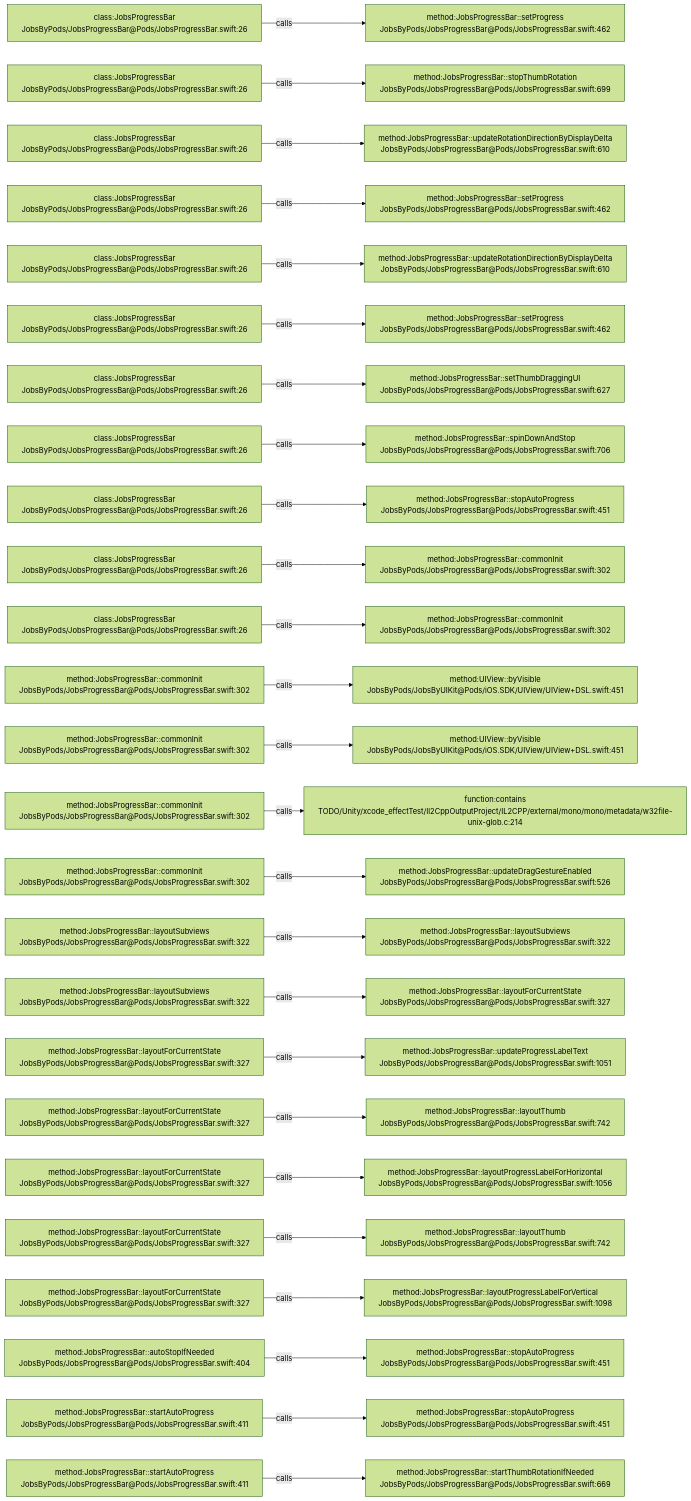
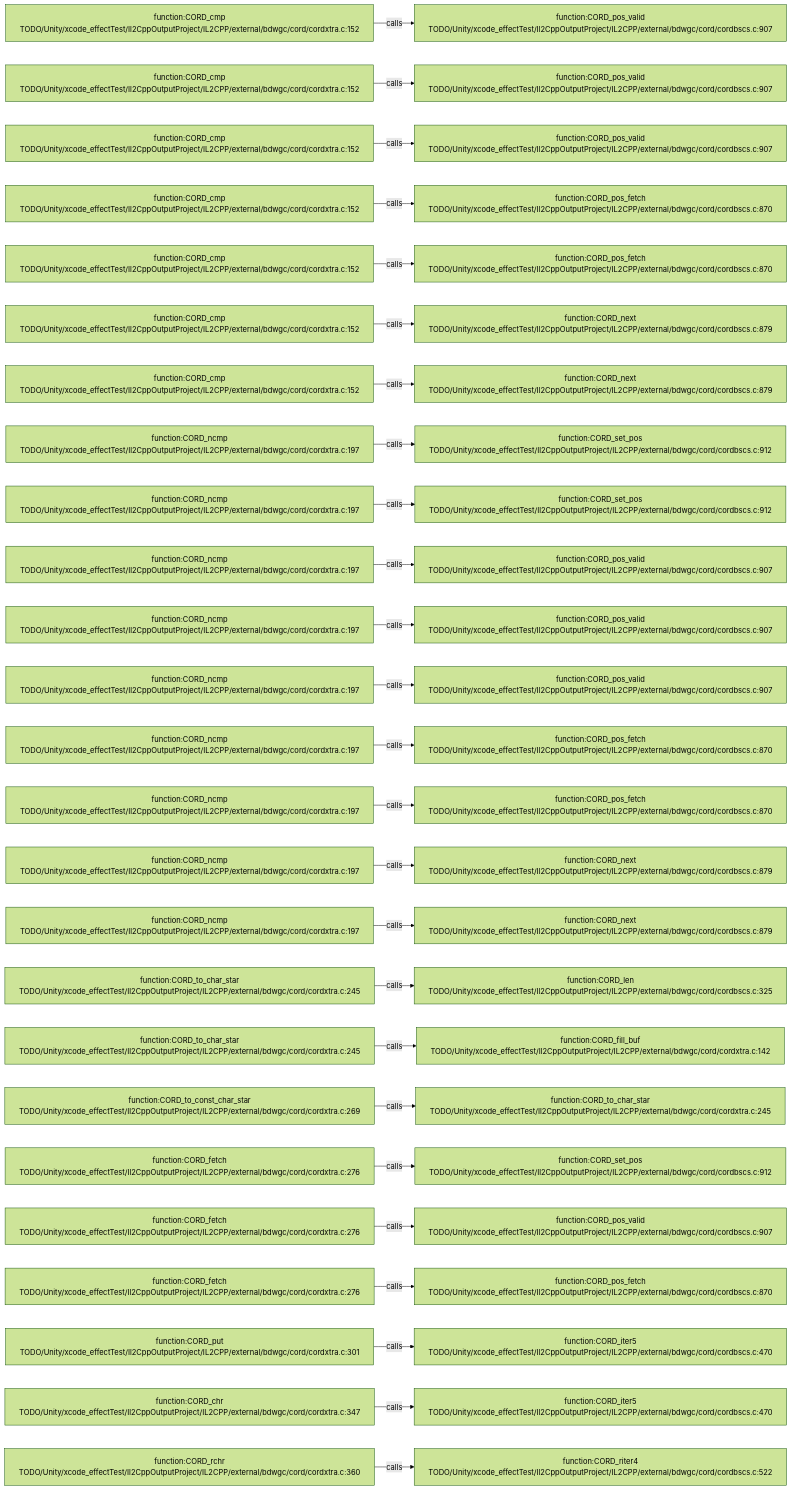
Before and after one commit to JobsKits/JobsSwiftBaseConfigDemo: the diagram in .codegraph/codegraph.md/graphs/calls-154.md, drawn with Mermaid (forest theme). The commit also changed 569 other files, not shown here.

````diff
--- a/.codegraph/codegraph.md/graphs/calls-154.md
+++ b/.codegraph/codegraph.md/graphs/calls-154.md
@@ -13,78 +13,78 @@
 ```mermaid
 flowchart LR
-  S1["class:JobsProgressBar<br/>JobsByPods/JobsProgressBar@Pods/JobsProgressBar.swift:26"]
-  T1["method:JobsProgressBar::setProgress<br/>JobsByPods/JobsProgressBar@Pods/JobsProgressBar.swift:462"]
+  S1["function:CORD_cmp<br/>TODO/Unity/xcode_effectTest/Il2CppOutputProject/IL2CPP/external/bdwgc/cord/cordxtra.c:152"]
+  T1["function:CORD_pos_valid<br/>TODO/Unity/xcode_effectTest/Il2CppOutputProject/IL2CPP/external/bdwgc/cord/cordbscs.c:907"]
   S1 -->|calls| T1
-  S2["class:JobsProgressBar<br/>JobsByPods/JobsProgressBar@Pods/JobsProgressBar.swift:26"]
-  T2["method:JobsProgressBar::stopThumbRotation<br/>JobsByPods/JobsProgressBar@Pods/JobsProgressBar.swift:699"]
+  S2["function:CORD_cmp<br/>TODO/Unity/xcode_effectTest/Il2CppOutputProject/IL2CPP/external/bdwgc/cord/cordxtra.c:152"]
+  T2["function:CORD_pos_valid<br/>TODO/Unity/xcode_effectTest/Il2CppOutputProject/IL2CPP/external/bdwgc/cord/cordbscs.c:907"]
   S2 -->|calls| T2
-  S3["class:JobsProgressBar<br/>JobsByPods/JobsProgressBar@Pods/JobsProgressBar.swift:26"]
-  T3["method:JobsProgressBar::updateRotationDirectionByDisplayDelta<br/>JobsByPods/JobsProgressBar@Pods/JobsProgressBar.swift:610"]
+  S3["function:CORD_cmp<br/>TODO/Unity/xcode_effectTest/Il2CppOutputProject/IL2CPP/external/bdwgc/cord/cordxtra.c:152"]
+  T3["function:CORD_pos_valid<br/>TODO/Unity/xcode_effectTest/Il2CppOutputProject/IL2CPP/external/bdwgc/cord/cordbscs.c:907"]
   S3 -->|calls| T3
-  S4["class:JobsProgressBar<br/>JobsByPods/JobsProgressBar@Pods/JobsProgressBar.swift:26"]
-  T4["method:JobsProgressBar::setProgress<br/>JobsByPods/JobsProgressBar@Pods/JobsProgressBar.swift:462"]
+  S4["function:CORD_cmp<br/>TODO/Unity/xcode_effectTest/Il2CppOutputProject/IL2CPP/external/bdwgc/cord/cordxtra.c:152"]
+  T4["function:CORD_pos_fetch<br/>TODO/Unity/xcode_effectTest/Il2CppOutputProject/IL2CPP/external/bdwgc/cord/cordbscs.c:870"]
   S4 -->|calls| T4
-  S5["class:JobsProgressBar<br/>JobsByPods/JobsProgressBar@Pods/JobsProgressBar.swift:26"]
-  T5["method:JobsProgressBar::updateRotationDirectionByDisplayDelta<br/>JobsByPods/JobsProgressBar@Pods/JobsProgressBar.swift:610"]
+  S5["function:CORD_cmp<br/>TODO/Unity/xcode_effectTest/Il2CppOutputProject/IL2CPP/external/bdwgc/cord/cordxtra.c:152"]
+  T5["function:CORD_pos_fetch<br/>TODO/Unity/xcode_effectTest/Il2CppOutputProject/IL2CPP/external/bdwgc/cord/cordbscs.c:870"]
   S5 -->|calls| T5
-  S6["class:JobsProgressBar<br/>JobsByPods/JobsProgressBar@Pods/JobsProgressBar.swift:26"]
-  T6["method:JobsProgressBar::setProgress<br/>JobsByPods/JobsProgressBar@Pods/JobsProgressBar.swift:462"]
+  S6["function:CORD_cmp<br/>TODO/Unity/xcode_effectTest/Il2CppOutputProject/IL2CPP/external/bdwgc/cord/cordxtra.c:152"]
+  T6["function:CORD_next<br/>TODO/Unity/xcode_effectTest/Il2CppOutputProject/IL2CPP/external/bdwgc/cord/cordbscs.c:879"]
   S6 -->|calls| T6
-  S7["class:JobsProgressBar<br/>JobsByPods/JobsProgressBar@Pods/JobsProgressBar.swift:26"]
-  T7["method:JobsProgressBar::setThumbDraggingUI<br/>JobsByPods/JobsProgressBar@Pods/JobsProgressBar.swift:627"]
+  S7["function:CORD_cmp<br/>TODO/Unity/xcode_effectTest/Il2CppOutputProject/IL2CPP/external/bdwgc/cord/cordxtra.c:152"]
+  T7["function:CORD_next<br/>TODO/Unity/xcode_effectTest/Il2CppOutputProject/IL2CPP/external/bdwgc/cord/cordbscs.c:879"]
   S7 -->|calls| T7
-  S8["class:JobsProgressBar<br/>JobsByPods/JobsProgressBar@Pods/JobsProgressBar.swift:26"]
-  T8["method:JobsProgressBar::spinDownAndStop<br/>JobsByPods/JobsProgressBar@Pods/JobsProgressBar.swift:706"]
+  S8["function:CORD_ncmp<br/>TODO/Unity/xcode_effectTest/Il2CppOutputProject/IL2CPP/external/bdwgc/cord/cordxtra.c:197"]
+  T8["function:CORD_set_pos<br/>TODO/Unity/xcode_effectTest/Il2CppOutputProject/IL2CPP/external/bdwgc/cord/cordbscs.c:912"]
   S8 -->|calls| T8
-  S9["class:JobsProgressBar<br/>JobsByPods/JobsProgressBar@Pods/JobsProgressBar.swift:26"]
-  T9["method:JobsProgressBar::stopAutoProgress<br/>JobsByPods/JobsProgressBar@Pods/JobsProgressBar.swift:451"]
+  S9["function:CORD_ncmp<br/>TODO/Unity/xcode_effectTest/Il2CppOutputProject/IL2CPP/external/bdwgc/cord/cordxtra.c:197"]
+  T9["function:CORD_set_pos<br/>TODO/Unity/xcode_effectTest/Il2CppOutputProject/IL2CPP/external/bdwgc/cord/cordbscs.c:912"]
   S9 -->|calls| T9
-  S10["class:JobsProgressBar<br/>JobsByPods/JobsProgressBar@Pods/JobsProgressBar.swift:26"]
-  T10["method:JobsProgressBar::commonInit<br/>JobsByPods/JobsProgressBar@Pods/JobsProgressBar.swift:302"]
+  S10["function:CORD_ncmp<br/>TODO/Unity/xcode_effectTest/Il2CppOutputProject/IL2CPP/external/bdwgc/cord/cordxtra.c:197"]
+  T10["function:CORD_pos_valid<br/>TODO/Unity/xcode_effectTest/Il2CppOutputProject/IL2CPP/external/bdwgc/cord/cordbscs.c:907"]
   S10 -->|calls| T10
-  S11["class:JobsProgressBar<br/>JobsByPods/JobsProgressBar@Pods/JobsProgressBar.swift:26"]
-  T11["method:JobsProgressBar::commonInit<br/>JobsByPods/JobsProgressBar@Pods/JobsProgressBar.swift:302"]
+  S11["function:CORD_ncmp<br/>TODO/Unity/xcode_effectTest/Il2CppOutputProject/IL2CPP/external/bdwgc/cord/cordxtra.c:197"]
+  T11["function:CORD_pos_valid<br/>TODO/Unity/xcode_effectTest/Il2CppOutputProject/IL2CPP/external/bdwgc/cord/cordbscs.c:907"]
   S11 -->|calls| T11
-  S12["method:JobsProgressBar::commonInit<br/>JobsByPods/JobsProgressBar@Pods/JobsProgressBar.swift:302"]
-  T12["method:UIView::byVisible<br/>JobsByPods/JobsByUIKit@Pods/iOS.SDK/UIView/UIView+DSL.swift:451"]
+  S12["function:CORD_ncmp<br/>TODO/Unity/xcode_effectTest/Il2CppOutputProject/IL2CPP/external/bdwgc/cord/cordxtra.c:197"]
+  T12["function:CORD_pos_valid<br/>TODO/Unity/xcode_effectTest/Il2CppOutputProject/IL2CPP/external/bdwgc/cord/cordbscs.c:907"]
   S12 -->|calls| T12
-  S13["method:JobsProgressBar::commonInit<br/>JobsByPods/JobsProgressBar@Pods/JobsProgressBar.swift:302"]
-  T13["method:UIView::byVisible<br/>JobsByPods/JobsByUIKit@Pods/iOS.SDK/UIView/UIView+DSL.swift:451"]
+  S13["function:CORD_ncmp<br/>TODO/Unity/xcode_effectTest/Il2CppOutputProject/IL2CPP/external/bdwgc/cord/cordxtra.c:197"]
+  T13["function:CORD_pos_fetch<br/>TODO/Unity/xcode_effectTest/Il2CppOutputProject/IL2CPP/external/bdwgc/cord/cordbscs.c:870"]
   S13 -->|calls| T13
-  S14["method:JobsProgressBar::commonInit<br/>JobsByPods/JobsProgressBar@Pods/JobsProgressBar.swift:302"]
-  T14["function:contains<br/>TODO/Unity/xcode_effectTest/Il2CppOutputProject/IL2CPP/external/mono/mono/metadata/w32file-unix-glob.c:214"]
+  S14["function:CORD_ncmp<br/>TODO/Unity/xcode_effectTest/Il2CppOutputProject/IL2CPP/external/bdwgc/cord/cordxtra.c:197"]
+  T14["function:CORD_pos_fetch<br/>TODO/Unity/xcode_effectTest/Il2CppOutputProject/IL2CPP/external/bdwgc/cord/cordbscs.c:870"]
   S14 -->|calls| T14
-  S15["method:JobsProgressBar::commonInit<br/>JobsByPods/JobsProgressBar@Pods/JobsProgressBar.swift:302"]
-  T15["method:JobsProgressBar::updateDragGestureEnabled<br/>JobsByPods/JobsProgressBar@Pods/JobsProgressBar.swift:526"]
+  S15["function:CORD_ncmp<br/>TODO/Unity/xcode_effectTest/Il2CppOutputProject/IL2CPP/external/bdwgc/cord/cordxtra.c:197"]
+  T15["function:CORD_next<br/>TODO/Unity/xcode_effectTest/Il2CppOutputProject/IL2CPP/external/bdwgc/cord/cordbscs.c:879"]
   S15 -->|calls| T15
-  S16["method:JobsProgressBar::layoutSubviews<br/>JobsByPods/JobsProgressBar@Pods/JobsProgressBar.swift:322"]
-  T16["method:JobsProgressBar::layoutSubviews<br/>JobsByPods/JobsProgressBar@Pods/JobsProgressBar.swift:322"]
+  S16["function:CORD_ncmp<br/>TODO/Unity/xcode_effectTest/Il2CppOutputProject/IL2CPP/external/bdwgc/cord/cordxtra.c:197"]
+  T16["function:CORD_next<br/>TODO/Unity/xcode_effectTest/Il2CppOutputProject/IL2CPP/external/bdwgc/cord/cordbscs.c:879"]
   S16 -->|calls| T16
-  S17["method:JobsProgressBar::layoutSubviews<br/>JobsByPods/JobsProgressBar@Pods/JobsProgressBar.swift:322"]
-  T17["method:JobsProgressBar::layoutForCurrentState<br/>JobsByPods/JobsProgressBar@Pods/JobsProgressBar.swift:327"]
+  S17["function:CORD_to_char_star<br/>TODO/Unity/xcode_effectTest/Il2CppOutputProject/IL2CPP/external/bdwgc/cord/cordxtra.c:245"]
+  T17["function:CORD_len<br/>TODO/Unity/xcode_effectTest/Il2CppOutputProject/IL2CPP/external/bdwgc/cord/cordbscs.c:325"]
   S17 -->|calls| T17
-  S18["method:JobsProgressBar::layoutForCurrentState<br/>JobsByPods/JobsProgressBar@Pods/JobsProgressBar.swift:327"]
-  T18["method:JobsProgressBar::updateProgressLabelText<br/>JobsByPods/JobsProgressBar@Pods/JobsProgressBar.swift:1051"]
+  S18["function:CORD_to_char_star<br/>TODO/Unity/xcode_effectTest/Il2CppOutputProject/IL2CPP/external/bdwgc/cord/cordxtra.c:245"]
+  T18["function:CORD_fill_buf<br/>TODO/Unity/xcode_effectTest/Il2CppOutputProject/IL2CPP/external/bdwgc/cord/cordxtra.c:142"]
   S18 -->|calls| T18
-  S19["method:JobsProgressBar::layoutForCurrentState<br/>JobsByPods/JobsProgressBar@Pods/JobsProgressBar.swift:327"]
-  T19["method:JobsProgressBar::layoutThumb<br/>JobsByPods/JobsProgressBar@Pods/JobsProgressBar.swift:742"]
+  S19["function:CORD_to_const_char_star<br/>TODO/Unity/xcode_effectTest/Il2CppOutputProject/IL2CPP/external/bdwgc/cord/cordxtra.c:269"]
+  T19["function:CORD_to_char_star<br/>TODO/Unity/xcode_effectTest/Il2CppOutputProject/IL2CPP/external/bdwgc/cord/cordxtra.c:245"]
   S19 -->|calls| T19
-  S20["method:JobsProgressBar::layoutForCurrentState<br/>JobsByPods/JobsProgressBar@Pods/JobsProgressBar.swift:327"]
-  T20["method:JobsProgressBar::layoutProgressLabelForHorizontal<br/>JobsByPods/JobsProgressBar@Pods/JobsProgressBar.swift:1056"]
+  S20["function:CORD_fetch<br/>TODO/Unity/xcode_effectTest/Il2CppOutputProject/IL2CPP/external/bdwgc/cord/cordxtra.c:276"]
+  T20["function:CORD_set_pos<br/>TODO/Unity/xcode_effectTest/Il2CppOutputProject/IL2CPP/external/bdwgc/cord/cordbscs.c:912"]
   S20 -->|calls| T20
-  S21["method:JobsProgressBar::layoutForCurrentState<br/>JobsByPods/JobsProgressBar@Pods/JobsProgressBar.swift:327"]
-  T21["method:JobsProgressBar::layoutThumb<br/>JobsByPods/JobsProgressBar@Pods/JobsProgressBar.swift:742"]
+  S21["function:CORD_fetch<br/>TODO/Unity/xcode_effectTest/Il2CppOutputProject/IL2CPP/external/bdwgc/cord/cordxtra.c:276"]
+  T21["function:CORD_pos_valid<br/>TODO/Unity/xcode_effectTest/Il2CppOutputProject/IL2CPP/external/bdwgc/cord/cordbscs.c:907"]
   S21 -->|calls| T21
-  S22["method:JobsProgressBar::layoutForCurrentState<br/>JobsByPods/JobsProgressBar@Pods/JobsProgressBar.swift:327"]
-  T22["method:JobsProgressBar::layoutProgressLabelForVertical<br/>JobsByPods/JobsProgressBar@Pods/JobsProgressBar.swift:1098"]
+  S22["function:CORD_fetch<br/>TODO/Unity/xcode_effectTest/Il2CppOutputProject/IL2CPP/external/bdwgc/cord/cordxtra.c:276"]
+  T22["function:CORD_pos_fetch<br/>TODO/Unity/xcode_effectTest/Il2CppOutputProject/IL2CPP/external/bdwgc/cord/cordbscs.c:870"]
   S22 -->|calls| T22
-  S23["method:JobsProgressBar::autoStopIfNeeded<br/>JobsByPods/JobsProgressBar@Pods/JobsProgressBar.swift:404"]
-  T23["method:JobsProgressBar::stopAutoProgress<br/>JobsByPods/JobsProgressBar@Pods/JobsProgressBar.swift:451"]
+  S23["function:CORD_put<br/>TODO/Unity/xcode_effectTest/Il2CppOutputProject/IL2CPP/external/bdwgc/cord/cordxtra.c:301"]
+  T23["function:CORD_iter5<br/>TODO/Unity/xcode_effectTest/Il2CppOutputProject/IL2CPP/external/bdwgc/cord/cordbscs.c:470"]
   S23 -->|calls| T23
-  S24["method:JobsProgressBar::startAutoProgress<br/>JobsByPods/JobsProgressBar@Pods/JobsProgressBar.swift:411"]
-  T24["method:JobsProgressBar::stopAutoProgress<br/>JobsByPods/JobsProgressBar@Pods/JobsProgressBar.swift:451"]
+  S24["function:CORD_chr<br/>TODO/Unity/xcode_effectTest/Il2CppOutputProject/IL2CPP/external/bdwgc/cord/cordxtra.c:347"]
+  T24["function:CORD_iter5<br/>TODO/Unity/xcode_effectTest/Il2CppOutputProject/IL2CPP/external/bdwgc/cord/cordbscs.c:470"]
   S24 -->|calls| T24
-  S25["method:JobsProgressBar::startAutoProgress<br/>JobsByPods/JobsProgressBar@Pods/JobsProgressBar.swift:411"]
-  T25["method:JobsProgressBar::startThumbRotationIfNeeded<br/>JobsByPods/JobsProgressBar@Pods/JobsProgressBar.swift:669"]
+  S25["function:CORD_rchr<br/>TODO/Unity/xcode_effectTest/Il2CppOutputProject/IL2CPP/external/bdwgc/cord/cordxtra.c:360"]
+  T25["function:CORD_riter4<br/>TODO/Unity/xcode_effectTest/Il2CppOutputProject/IL2CPP/external/bdwgc/cord/cordbscs.c:522"]
   S25 -->|calls| T25
 ```
````
